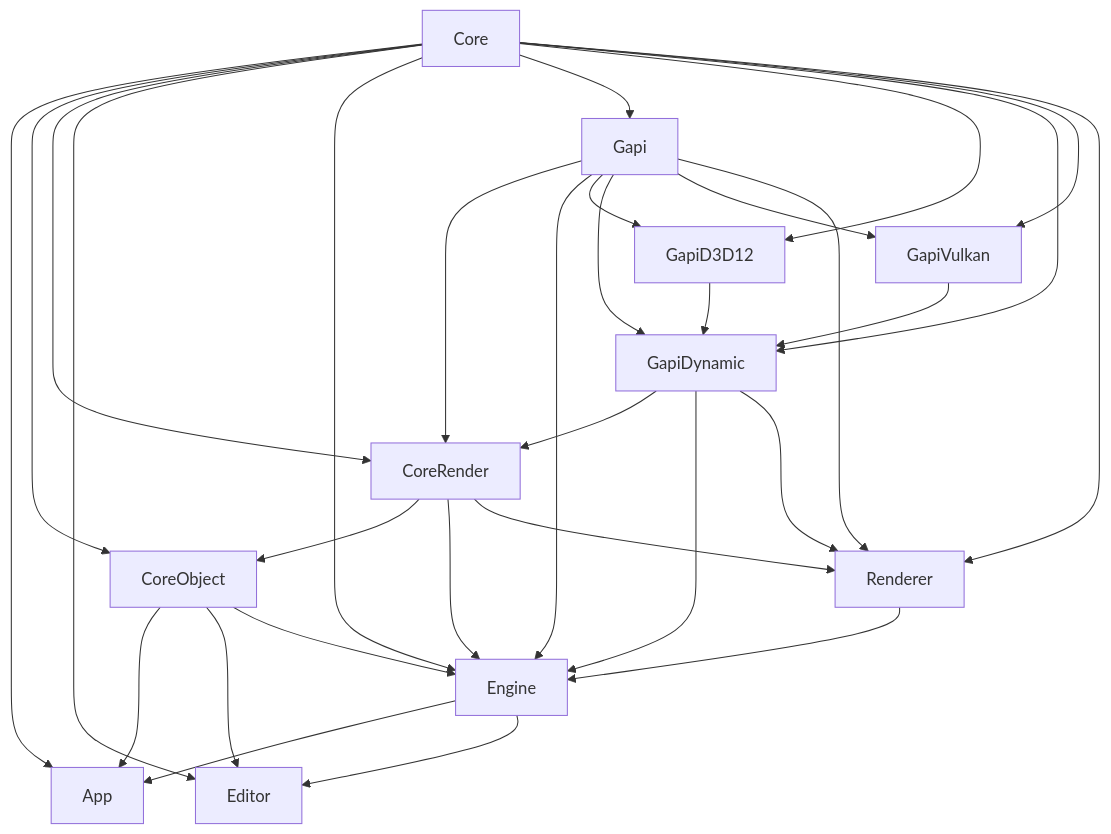
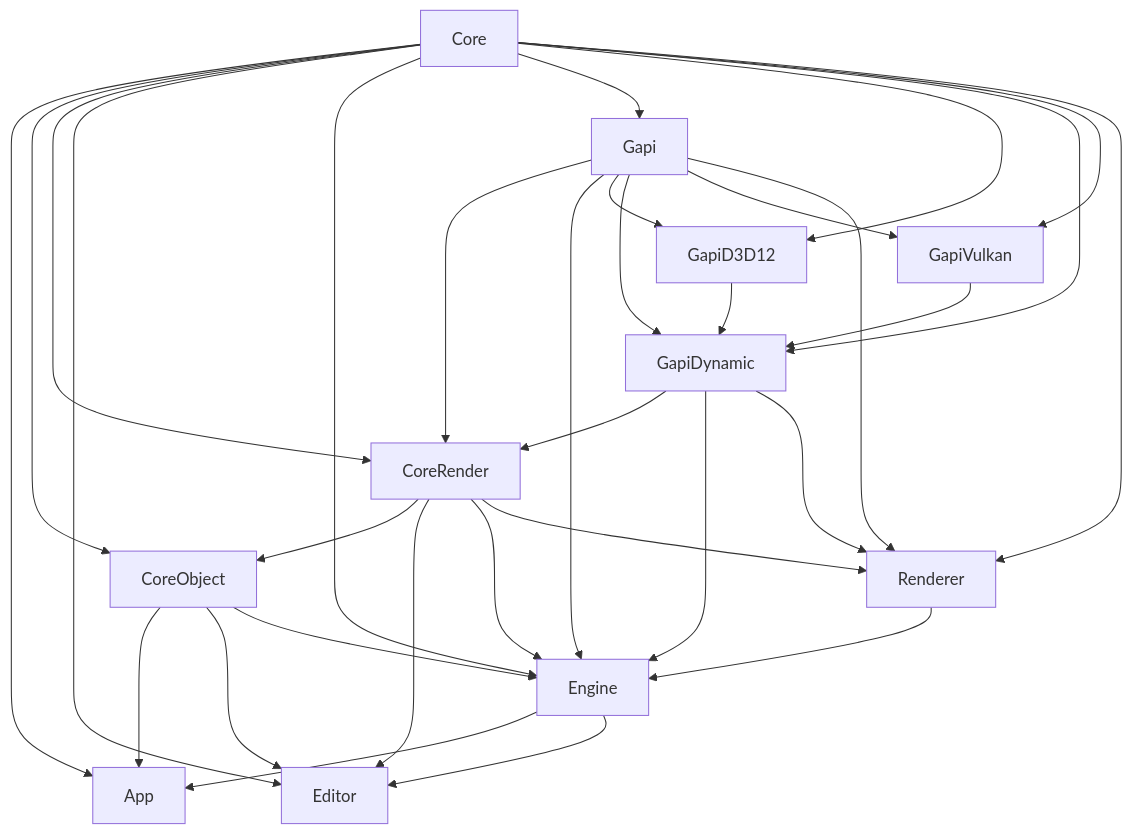
Before and after one commit to hellokenlee/NeneEngine2: the diagram in README.md, drawn with Mermaid. The commit also changed 23 other files, not shown here.

````diff
--- a/README.md
+++ b/README.md
@@ -101,33 +101,34 @@
 ```mermaid
 graph TD
   Core --> App
   CoreObject --> App
   Engine --> App
   Core --> CoreObject
   CoreRender --> CoreObject
   Core --> CoreRender
   Gapi --> CoreRender
   GapiDynamic --> CoreRender
   Core --> Editor
   CoreObject --> Editor
+  CoreRender --> Editor
   Engine --> Editor
   Core --> Engine
   CoreObject --> Engine
   CoreRender --> Engine
   Renderer --> Engine
   Gapi --> Engine
   GapiDynamic --> Engine
   Core --> Gapi
   Core --> GapiD3D12
   Gapi --> GapiD3D12
   Core --> GapiDynamic
   Gapi --> GapiDynamic
   GapiD3D12 --> GapiDynamic
   GapiVulkan --> GapiDynamic
   Core --> GapiVulkan
   Gapi --> GapiVulkan
   Core --> Renderer
   Gapi --> Renderer
   CoreRender --> Renderer
   GapiDynamic --> Renderer
 ```
````
